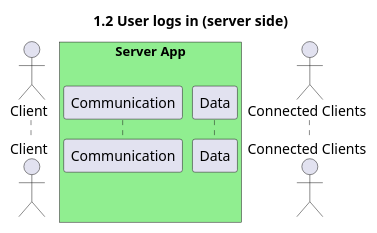
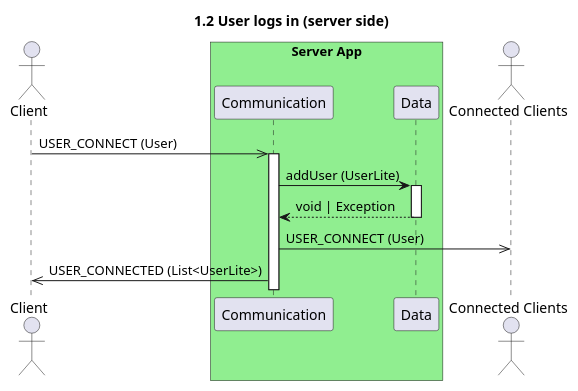
Before and after one commit to UTCAI12/Diagrams: the diagram in sequence/1.2.user_logs_in_server.puml, drawn with PlantUML. The commit also changed 1 other file, not shown here.

Commit message:
Adding sequence diagrams 1.2 others and server

```diff
--- a/sequence/1.2.user_logs_in_server.puml
+++ b/sequence/1.2.user_logs_in_server.puml
@@ -1,11 +1,17 @@
 @startuml 1.2 User logs in (server side)
 title 1.2 User logs in (server side)
 
 actor "Client" as client
 box "Server App" #LightGreen
     participant "Communication" as com
     participant "Data" as data
 end box
 actor "Connected Clients" as connected
 
+client->>com++: USER_CONNECT (User)
+com->data++: addUser (UserLite)
+return void | Exception
+com->>connected: USER_CONNECT (User)
+com->>client: USER_CONNECTED (List<UserLite>)
+
 @enduml
```
